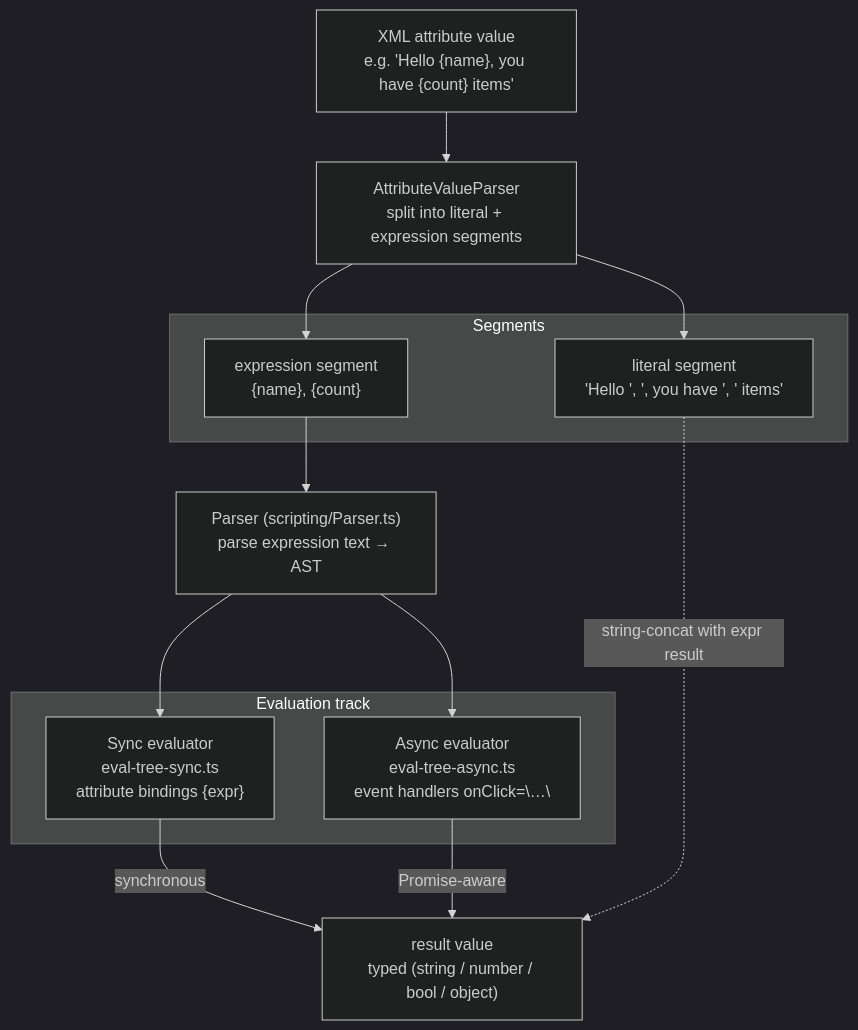
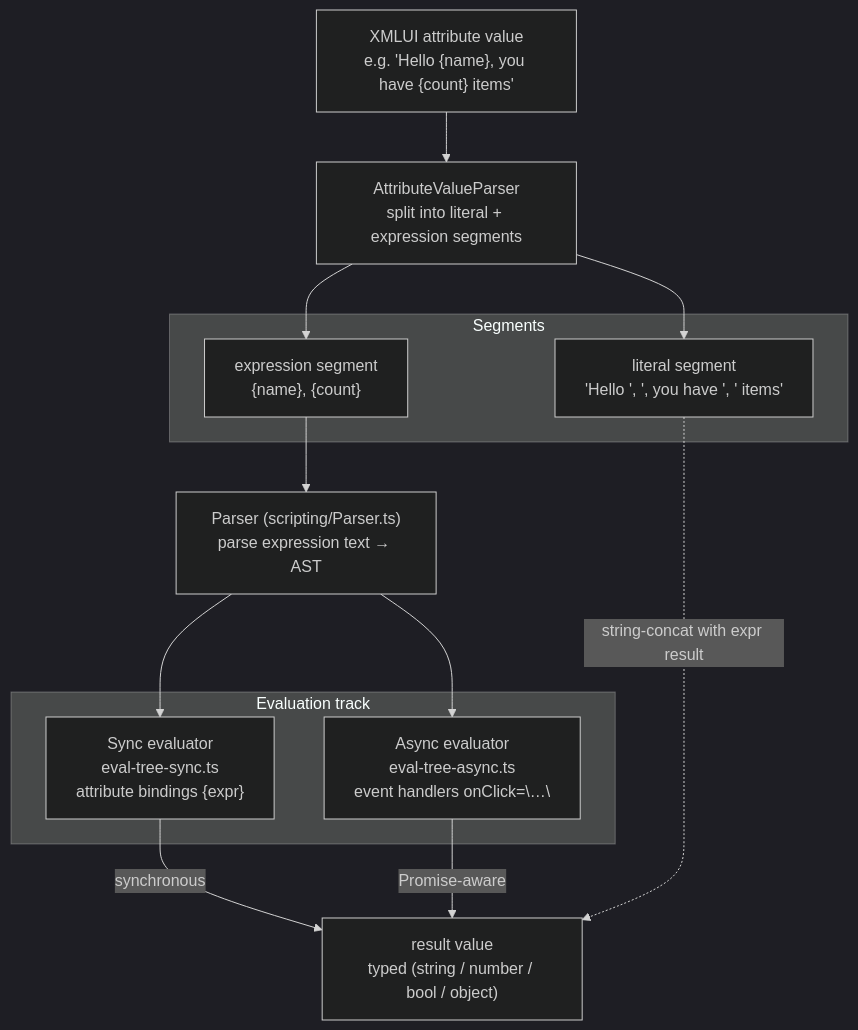
Before and after one commit to xmlui-org/xmlui: the first of 2 diagrams in xmlui/dev-docs/guide/06-expression-eval.md, drawn with Mermaid (dark theme). The commit also changed other lines of this file, not shown here.

````diff
--- a/xmlui/dev-docs/guide/06-expression-eval.md
+++ b/xmlui/dev-docs/guide/06-expression-eval.md
@@ -7,29 +7,29 @@
 ```mermaid
 graph TD
-  Attr["XML attribute value<br>e.g. 'Hello {name}, you have {count} items'"]
+  Attr["XMLUI attribute value<br>e.g. 'Hello {name}, you have {count} items'"]
   AVP["AttributeValueParser<br>split into literal + expression segments"]
 
   subgraph Segments["Segments"]
     Lit["literal segment<br>'Hello ', ', you have ', ' items'"]
     Expr["expression segment<br>{name}, {count}"]
   end
 
   Parser["Parser (scripting/Parser.ts)<br>parse expression text → AST"]
 
   subgraph EvalFork["Evaluation track"]
     Sync["Sync evaluator<br>eval-tree-sync.ts<br>attribute bindings {expr}"]
     Async["Async evaluator<br>eval-tree-async.ts<br>event handlers onClick=\"…\""]
   end
 
   Result["result value<br>typed (string / number / bool / object)"]
 
   Attr --> AVP
   AVP --> Lit
   AVP --> Expr
   Expr --> Parser
   Parser --> Sync
   Parser --> Async
   Sync -->|"synchronous"| Result
   Async -->|"Promise-aware"| Result
   Lit -.->|"string-concat with expr result"| Result
 ```
````
